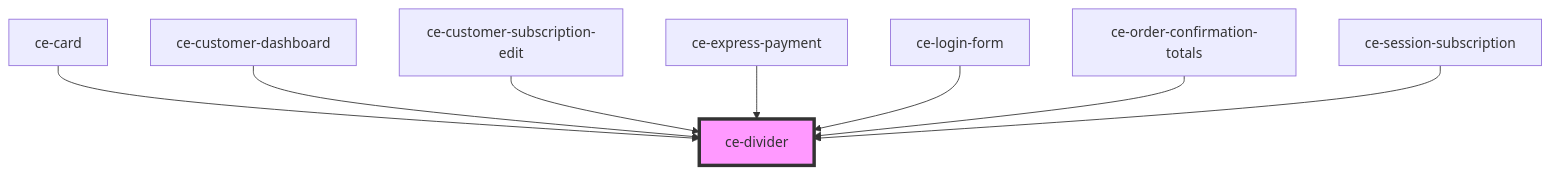
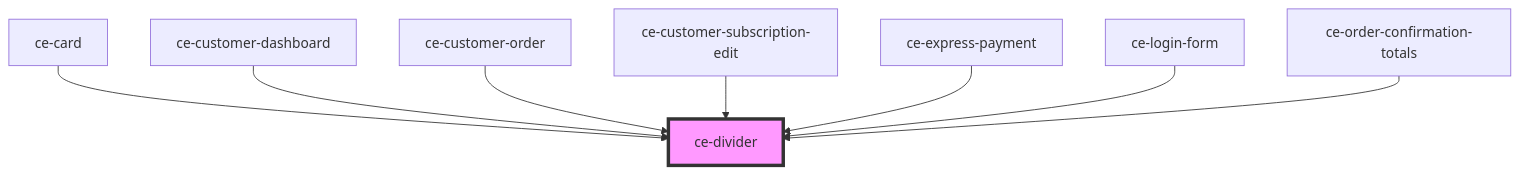
One commit to surecart/surecart-wp-plugin changed the diagram in packages/components/src/components/ui/divider/readme.md. Above: the diagram before and after it, drawn with Mermaid. The commit also changed other lines of this file and 101 other files, not shown here.

````diff
--- a/packages/components/src/components/ui/divider/readme.md
+++ b/packages/components/src/components/ui/divider/readme.md
@@ -30,11 +30,11 @@
 ```mermaid
 graph TD;
   ce-card --> ce-divider
   ce-customer-dashboard --> ce-divider
+  ce-customer-order --> ce-divider
   ce-customer-subscription-edit --> ce-divider
   ce-express-payment --> ce-divider
   ce-login-form --> ce-divider
   ce-order-confirmation-totals --> ce-divider
-  ce-session-subscription --> ce-divider
   style ce-divider fill:#f9f,stroke:#333,stroke-width:4px
 ```
````
